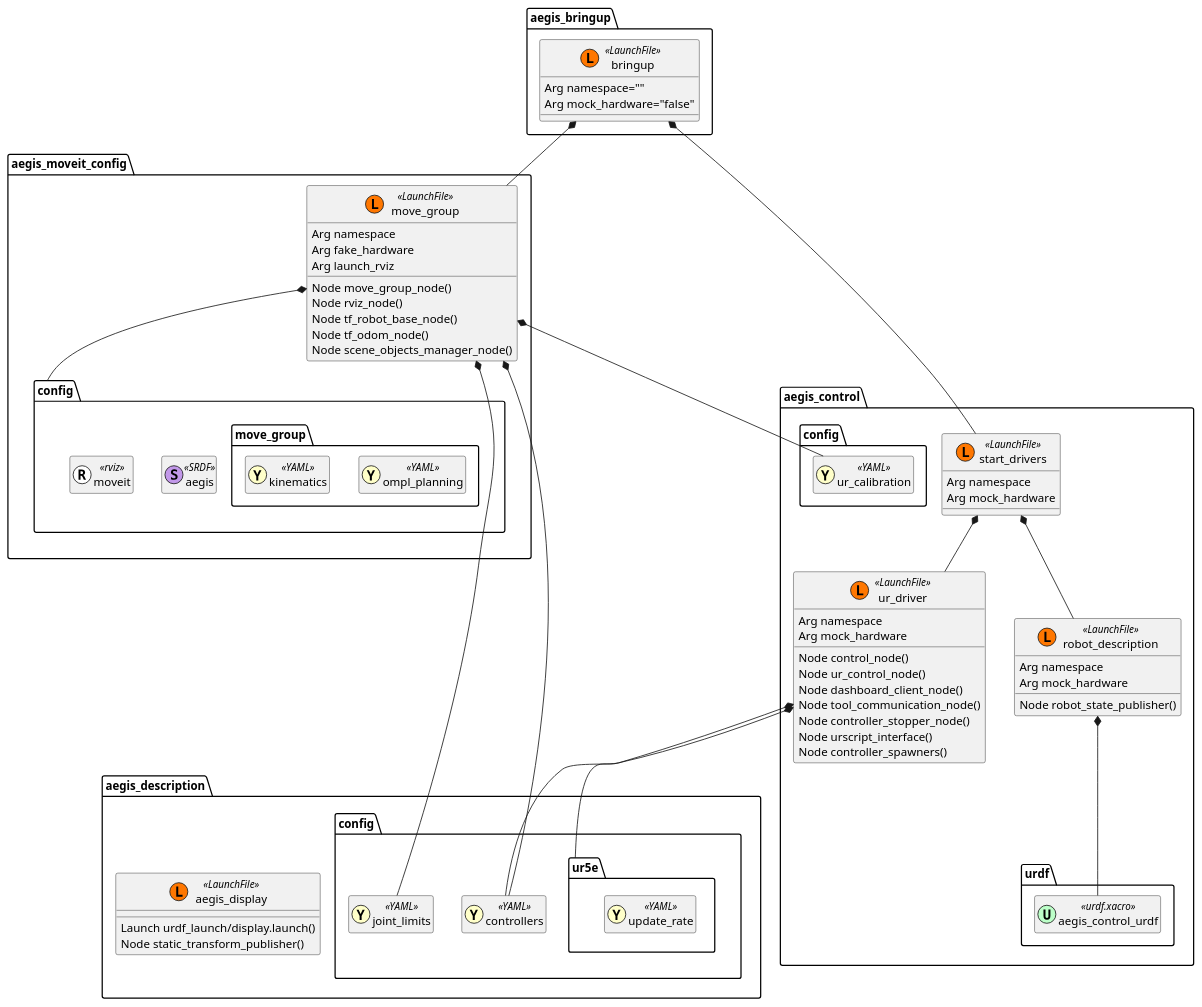
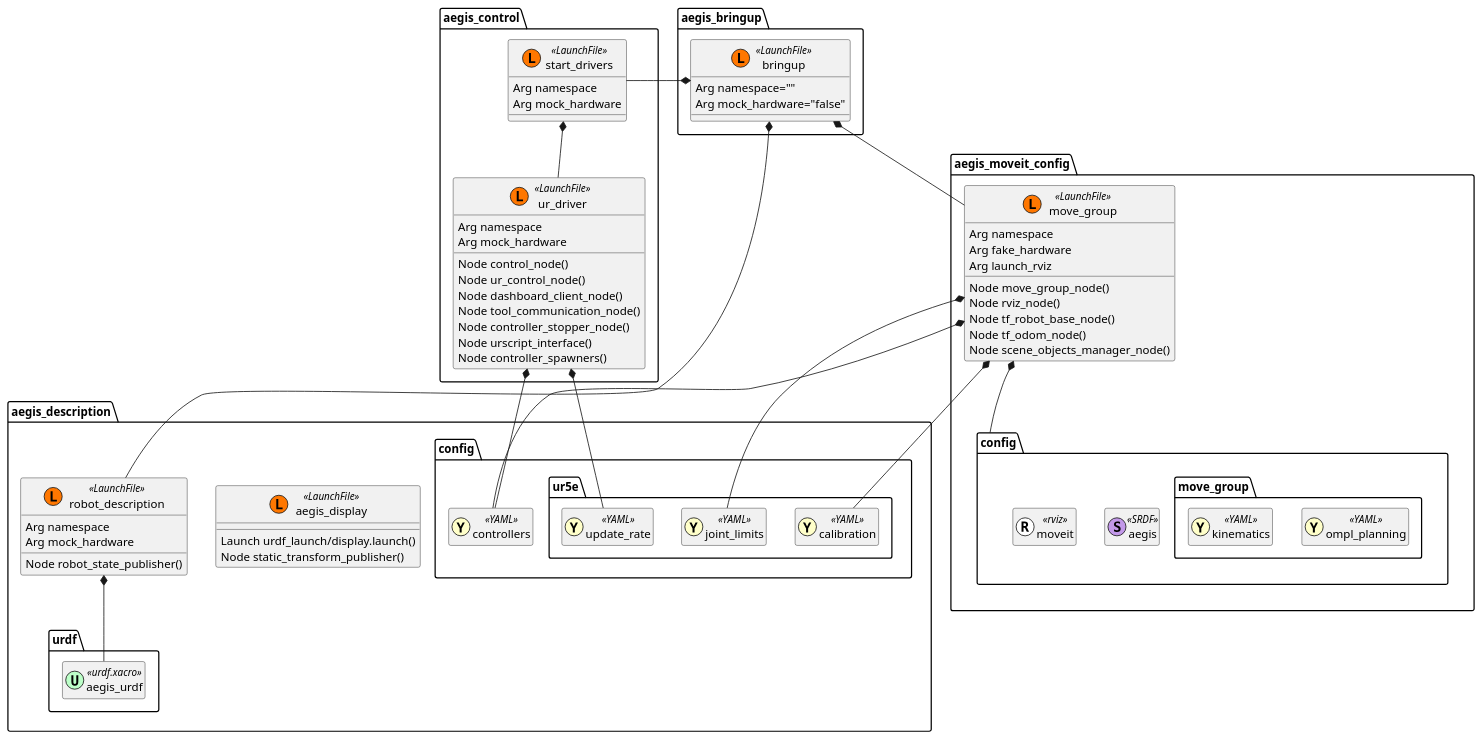
Before and after one commit to AGH-CEAI/aegis_ros: the diagram in aegis_bringup/README.md, drawn with PlantUML. The commit also changed 2 other files, not shown here.

```diff
--- a/aegis_bringup/README.md
+++ b/aegis_bringup/README.md
@@ -59,11 +59,6 @@
         Arg namespace
         Arg mock_hardware
     }
-    class robot_description << (L,#FF7700) LaunchFile >> {
-        Arg namespace
-        Arg mock_hardware
-        Node robot_state_publisher()
-    }
     class ur_driver << (L,#FF7700) LaunchFile >> {
         Arg namespace
         Arg mock_hardware
@@ -76,14 +71,6 @@
         Node controller_spawners()
     }
 
-    package config {
-        class ur_calibration << (Y,#ffffc9) YAML >> {}
-    }
-
-    package urdf {
-        class aegis_control_urdf << (U,#bcffc8) urdf.xacro >> {}
-    }
-
 }
 
 package aegis_description {
@@ -92,12 +79,23 @@
         Node static_transform_publisher()
     }
 
+    class robot_description << (L,#FF7700) LaunchFile >> {
+        Arg namespace
+        Arg mock_hardware
+        Node robot_state_publisher()
+    }
+
     package config {
         class controllers << (Y,#ffffc9) YAML >> {}
-        class joint_limits << (Y,#ffffc9) YAML >> {}
         package ur5e {
+            class calibration << (Y,#ffffc9) YAML >> {}
+            class joint_limits << (Y,#ffffc9) YAML >> {}
             class update_rate << (Y,#ffffc9) YAML >> {}
         }
+    }
+
+    package urdf {
+        class aegis_urdf << (U,#bcffc8) urdf.xacro >> {}
     }
 }
 
@@ -123,19 +121,19 @@
 }
 
 
-aegis_bringup.bringup *-- aegis_control.start_drivers
+aegis_bringup.bringup *-left- aegis_control.start_drivers
 aegis_bringup.bringup *-- aegis_moveit_config.move_group
+aegis_bringup.bringup *-- aegis_description.robot_description
+aegis_description.robot_description *-- aegis_description.urdf.aegis_urdf
 
-aegis_control.start_drivers *-- aegis_control.robot_description
 aegis_control.start_drivers *-- aegis_control.ur_driver
-aegis_control.robot_description *-- aegis_control.urdf.aegis_control_urdf
-aegis_control.ur_driver *-- aegis_description.config.ur5e
+aegis_control.ur_driver *-- aegis_description.config.ur5e.update_rate
 aegis_control.ur_driver *-- aegis_description.config.controllers
 
 aegis_moveit_config.move_group *-- aegis_moveit_config.config
 aegis_moveit_config.move_group *-- aegis_description.config.controllers
-aegis_moveit_config.move_group *-- aegis_description.config.joint_limits
-aegis_moveit_config.move_group *-- aegis_control.config.ur_calibration
+aegis_moveit_config.move_group *-- aegis_description.config.ur5e.joint_limits
+aegis_moveit_config.move_group *-- aegis_description.config.ur5e.calibration
 
 skinparam classAttributeIconSize 0
 hide << YAML >> members
```
